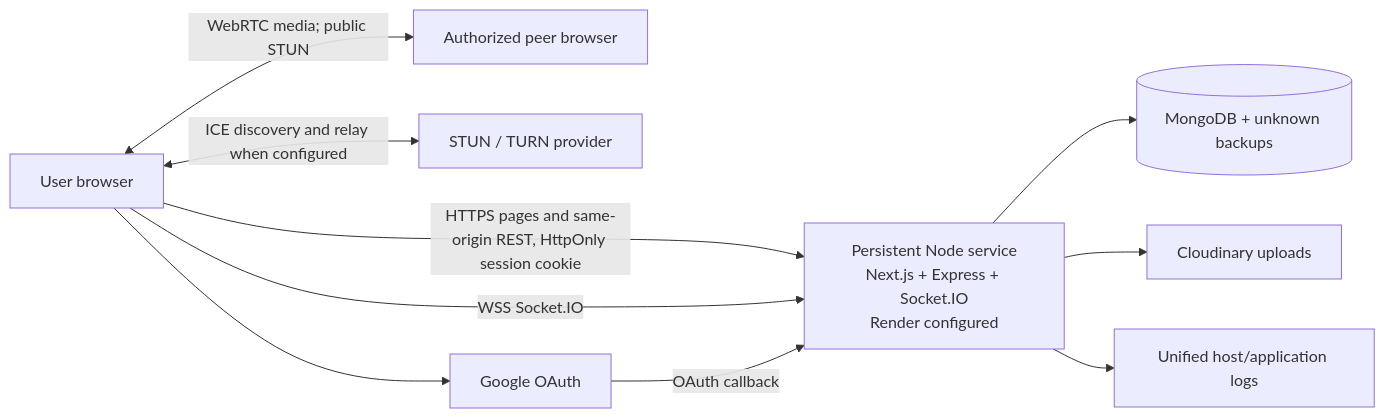
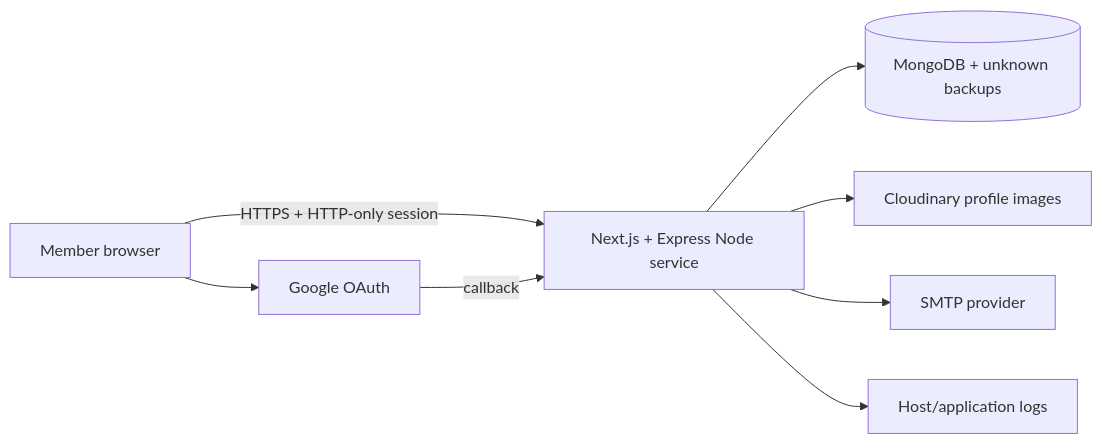
One commit to SahilSahu731/Curevo changed the diagram in docs/governance/threat-model.md. Above: the diagram before and after it, drawn with Mermaid. The commit also changed other lines of this file and 207 other files, not shown here.

Commit message:
added dashboard and user pages

````diff
--- a/docs/governance/threat-model.md
+++ b/docs/governance/threat-model.md
@@ -5,12 +6,10 @@
 ```mermaid
 flowchart LR
-  U[User browser] -->|HTTPS pages and same-origin REST, HttpOnly session cookie| W[Persistent Node service<br/>Next.js + Express + Socket.IO<br/>Render configured]
-  U -->|WSS Socket.IO| W
-  U <-->|WebRTC media; public STUN| P[Authorized peer browser]
-  U <-->|ICE discovery and relay when configured| T[STUN / TURN provider]
+  U[Member browser] -->|HTTPS + HTTP-only session| W[Next.js + Express Node service]
   W --> M[(MongoDB + unknown backups)]
-  W --> C[Cloudinary uploads]
+  W --> C[Cloudinary profile images]
   U --> G[Google OAuth]
-  G -->|OAuth callback| W
-  W --> L[Unified host/application logs]
+  G -->|callback| W
+  W --> E[SMTP provider]
+  W --> L[Host/application logs]
 ```
````
